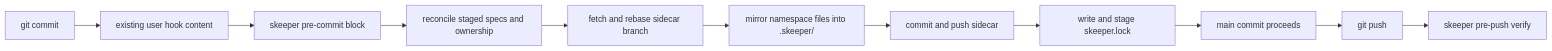
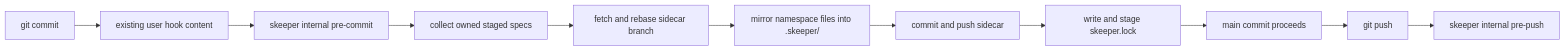
The diagram in .agents/skills/skeeper/SKILL.md (Viniciuscarvalho/agh), drawn with Mermaid before and after one commit. The commit also changed other lines of this file and 3 other files, not shown here.

````diff
--- a/.agents/skills/skeeper/SKILL.md
+++ b/.agents/skills/skeeper/SKILL.md
@@ -24,13 +27,13 @@
 ```mermaid
 flowchart LR
     A[git commit] --> B[existing user hook content]
-    B --> C[skeeper pre-commit block]
-    C --> D[reconcile staged specs and ownership]
+    B --> C[skeeper internal pre-commit]
+    C --> D[collect owned staged specs]
     D --> E[fetch and rebase sidecar branch]
     E --> F[mirror namespace files into .skeeper/]
     F --> G[commit and push sidecar]
     G --> H[write and stage skeeper.lock]
     H --> I[main commit proceeds]
     I --> J[git push]
-    J --> K[skeeper pre-push verify]
+    J --> K[skeeper internal pre-push]
 ```
````
